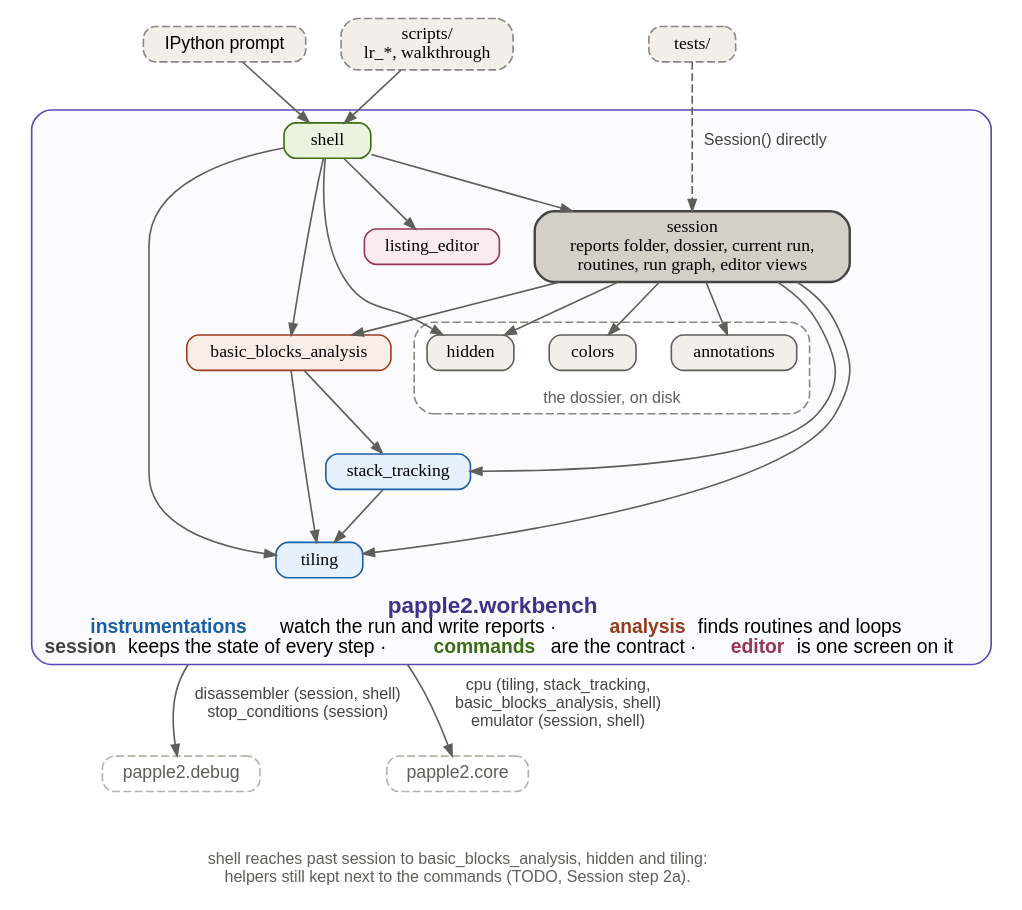
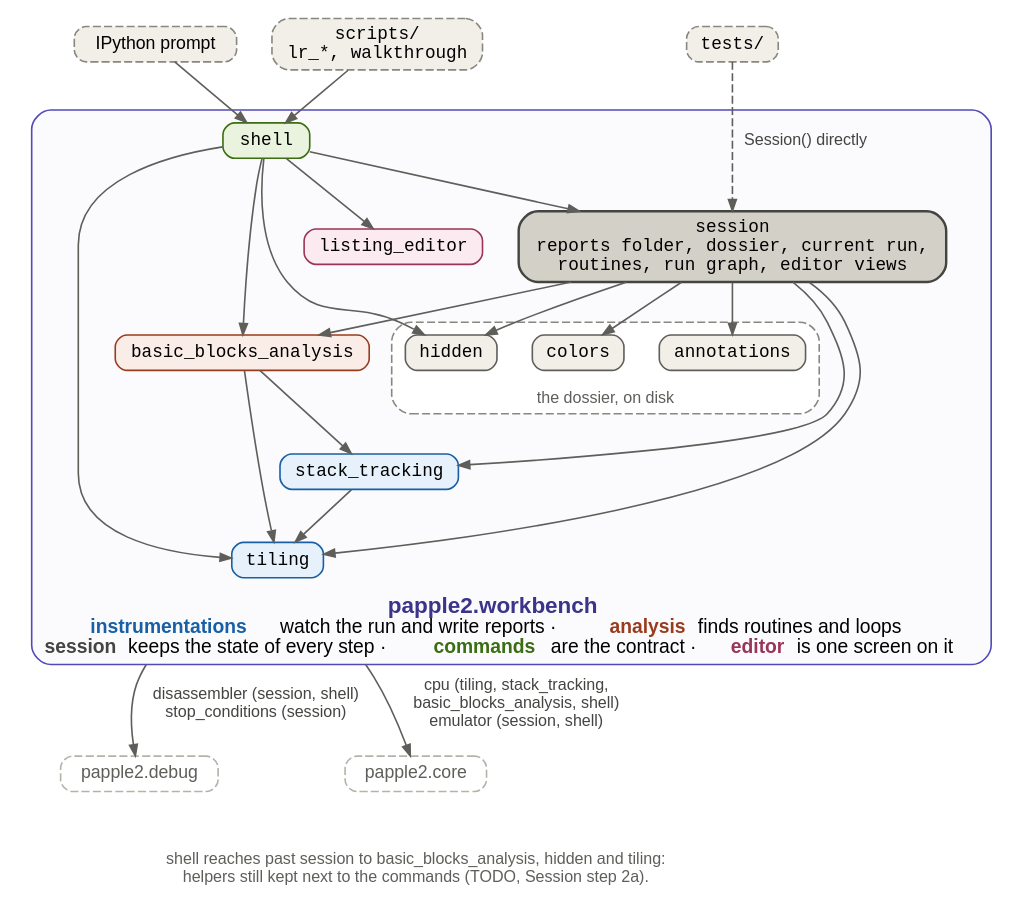
Before and after one commit to fschuhi/papple2: the diagram in docs/diagrams/workbench.dot, drawn with Graphviz. The commit also changed 17 other files, not shown here.

Commit message:
diagrams done, documentation updated

```diff
--- a/docs/diagrams/workbench.dot
+++ b/docs/diagrams/workbench.dot
@@ -1,95 +1,95 @@
 // Inside papple2.workbench: who imports whom, coloured by role.
 // The other packages appear as grey stubs. Overview in packages.dot.
 //
 // An arrow points from the module that imports to the module imported.
 // Rendered by `make presentation`.
 
 digraph workbench {
     compound=true;
     rankdir=TB;
     newrank=true;
     size="13.3,7.5";
     nodesep=0.3;
     ranksep=0.45;
     bgcolor="white";
     fontname="Helvetica";
-    node [shape=box, style="rounded,filled", fontname="Menlo", fontsize=11,
+    node [shape=box, style="rounded,filled", fontname="monospace", fontsize=11,
           penwidth=1, height=0.3];
     edge [color="#5F5E5A", fontname="Helvetica", fontsize=10, fontcolor="#444441",
           arrowsize=0.7];
 
     // clients, outside the package
     scripts [label="scripts/\nlr_*, walkthrough", fillcolor="#F1EFE8",
              color="#888780", style="rounded,filled,dashed"];
     prompt [label="IPython prompt", fontname="Helvetica", fillcolor="#F1EFE8",
             color="#888780", style="rounded,filled,dashed"];
     tests [label="tests/", fillcolor="#F1EFE8", color="#888780",
            style="rounded,filled,dashed"];
     { rank=same; scripts; prompt; tests; }
 
     subgraph cluster_workbench {
         style="rounded,filled"; fillcolor="#FBFBFE"; color="#534AB7";
         fontname="Helvetica"; fontsize=12; labelloc="b";
         label=<<FONT POINT-SIZE="14" COLOR="#3C3489"><B>papple2.workbench</B></FONT><BR/><FONT COLOR="#185FA5"><B>instrumentations</B></FONT> watch the run and write reports · <FONT COLOR="#993C1D"><B>analysis</B></FONT> finds routines and loops<BR/><FONT COLOR="#444441"><B>session</B></FONT> keeps the state of every step · <FONT COLOR="#3B6D11"><B>commands</B></FONT> are the contract · <FONT COLOR="#993556"><B>editor</B></FONT> is one screen on it>;
 
         // commands
         shell [fillcolor="#EAF3DE", color="#3B6D11"];
         // screen
         listing_editor [fillcolor="#FBEAF0", color="#993556"];
         // state
         session [fillcolor="#D3D1C7", color="#444441", penwidth=1.5,
                  label="session\nreports folder, dossier, current run,\nroutines, run graph, editor views"];
 
         subgraph cluster_dossier {
             label="the dossier, on disk"; labelloc="b"; fontsize=10;
             fontcolor="#5F5E5A"; style="rounded,dashed"; color="#888780";
             annotations [fillcolor="#F1EFE8", color="#5F5E5A"];
             hidden [fillcolor="#F1EFE8", color="#5F5E5A"];
             colors [fillcolor="#F1EFE8", color="#5F5E5A"];
         }
 
         // analysis
         basic_blocks_analysis [fillcolor="#FAECE7", color="#993C1D"];
         // instrumentations
         stack_tracking [fillcolor="#E6F1FB", color="#185FA5"];
         tiling [fillcolor="#E6F1FB", color="#185FA5"];
 
         shell -> session;
         shell -> listing_editor;
         shell -> basic_blocks_analysis;
         shell -> hidden;
         shell -> tiling;
 
         session -> annotations;
         session -> hidden;
         session -> colors;
         session -> basic_blocks_analysis;
         session -> stack_tracking;
         session -> tiling;
 
         basic_blocks_analysis -> stack_tracking;
         basic_blocks_analysis -> tiling;
         stack_tracking -> tiling;
     }
 
     prompt -> shell;
     scripts -> shell;
     tests -> session [style=dashed, label=" Session() directly "];
 
     // the other packages, as stubs
     debug [label="papple2.debug", fontname="Helvetica", fillcolor="white",
            color="#B4B2A9", fontcolor="#5F5E5A", style="rounded,filled,dashed"];
     core [label="papple2.core", fontname="Helvetica", fillcolor="white",
           color="#B4B2A9", fontcolor="#5F5E5A", style="rounded,filled,dashed"];
     { rank=same; debug; core; }
 
     tiling -> debug [ltail=cluster_workbench,
                      label=" disassembler (session, shell)\n stop_conditions (session) "];
     tiling -> core [ltail=cluster_workbench,
                     label=" cpu (tiling, stack_tracking,\n basic_blocks_analysis, shell)\n emulator (session, shell) "];
 
     note [shape=plaintext, style="", fontname="Helvetica", fontsize=10,
           fontcolor="#5F5E5A",
           label="shell reaches past session to basic_blocks_analysis, hidden and tiling:\nhelpers still kept next to the commands (TODO, Session step 2a)."];
     core -> note [style=invis];
 }
```
